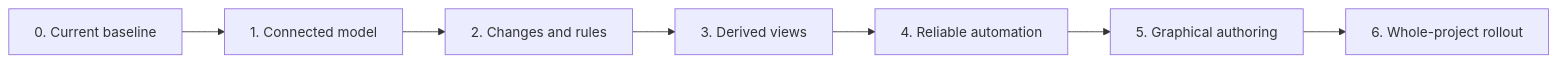
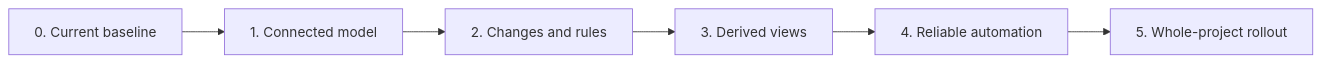
The third of 3 diagrams in docs/06_gestion_y_obra/connected_project_coordination_next_step.md (bultodepapas/DremHouse), drawn with Mermaid before and after one commit. The commit also changed other lines of this file and 2 other files, not shown here.

````diff
--- a/docs/06_gestion_y_obra/connected_project_coordination_next_step.md
+++ b/docs/06_gestion_y_obra/connected_project_coordination_next_step.md
@@ -445,9 +421,8 @@
 ```mermaid
 flowchart LR
     P0[0. Current baseline] --> P1[1. Connected model]
     P1 --> P2[2. Changes and rules]
     P2 --> P3[3. Derived views]
     P3 --> P4[4. Reliable automation]
-    P4 --> P5[5. Graphical authoring]
-    P5 --> P6[6. Whole-project rollout]
+    P4 --> P5[5. Whole-project rollout]
 ```
````
